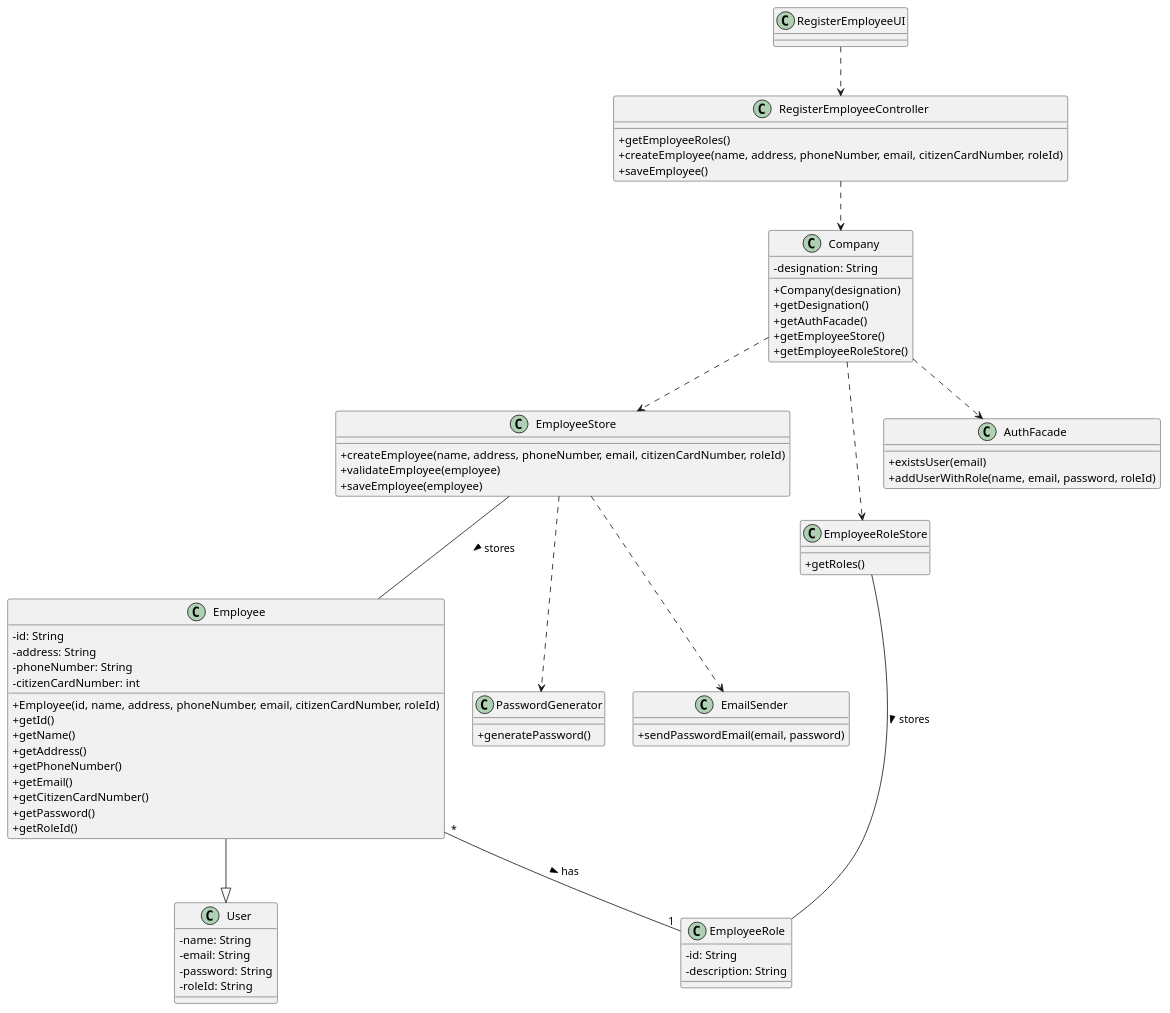
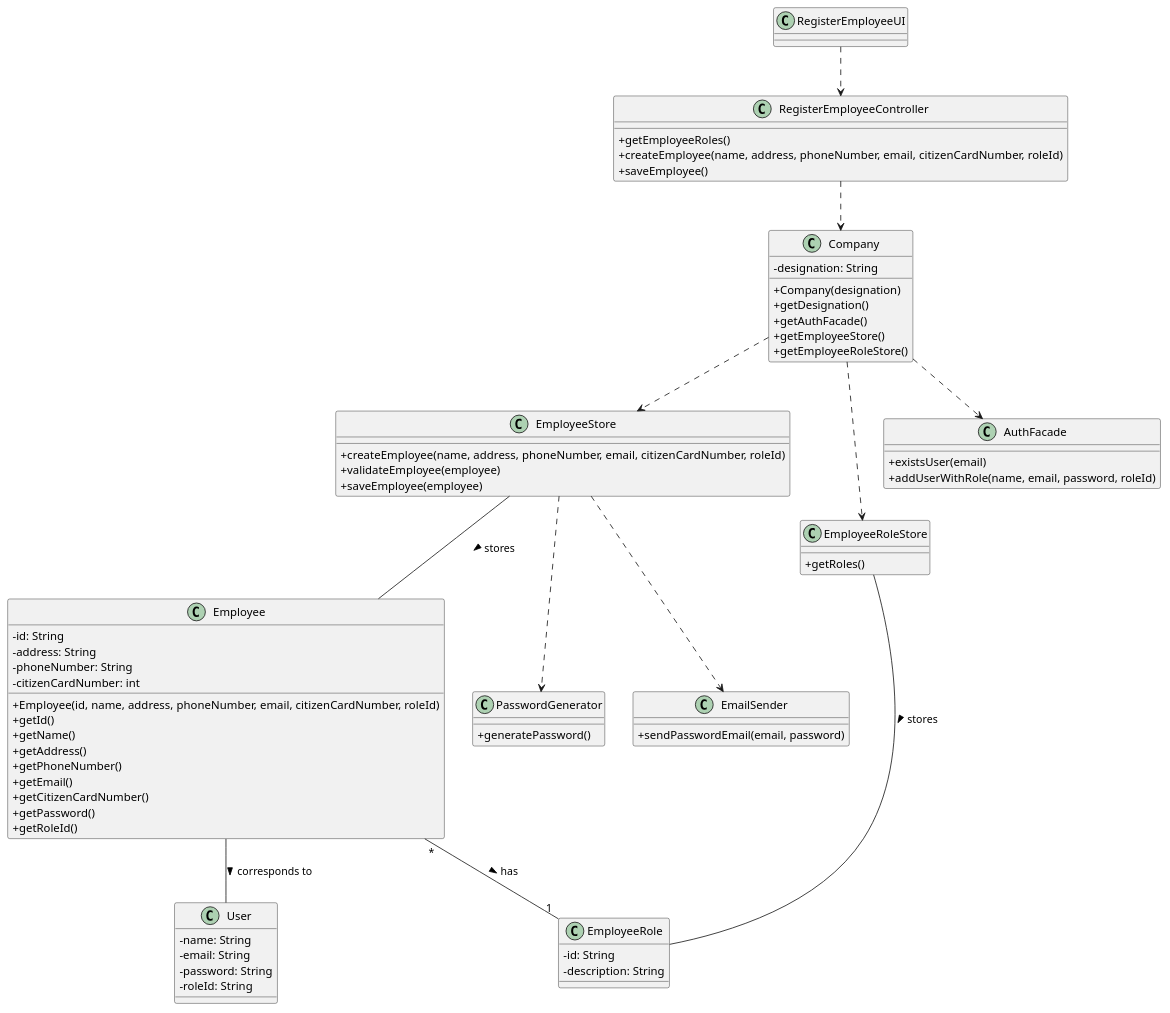
Before and after one commit to miseEnPlace-i/lapr2: the diagram in docs/SprintB/US10/CD/US10_CD.puml, drawn with PlantUML. The commit also changed 2 other files, not shown here.

```diff
--- a/docs/SprintB/US10/CD/US10_CD.puml
+++ b/docs/SprintB/US10/CD/US10_CD.puml
@@ -1,94 +1,94 @@
 @startuml US10_CD
 skinparam classAttributeIconSize 0
 
 class RegisterEmployeeUI {
 }
 
 class RegisterEmployeeController {
   +getEmployeeRoles()
   +createEmployee(name, address, phoneNumber, email, citizenCardNumber, roleId)
   +saveEmployee()
 }
 
 class Company {
   -designation: String
   +Company(designation)
   +getDesignation()
   +getAuthFacade()
   +getEmployeeStore()
   +getEmployeeRoleStore()
 }
 
 class EmployeeStore {
   +createEmployee(name, address, phoneNumber, email, citizenCardNumber, roleId)
   +validateEmployee(employee)
   +saveEmployee(employee)
 }
 
 class Employee {
   -id: String
   -address: String
   -phoneNumber: String
   -citizenCardNumber: int
   +Employee(id, name, address, phoneNumber, email, citizenCardNumber, roleId)
   +getId()
   +getName()
   +getAddress()
   +getPhoneNumber()
   +getEmail()
   +getCitizenCardNumber()
   +getPassword()
   +getRoleId()
 }
 
 class EmployeeRoleStore {
   +getRoles()
 }
 
 class AuthFacade {
   +existsUser(email)
   +addUserWithRole(name, email, password, roleId)
 }
 
 class PasswordGenerator {
   +generatePassword()
 }
 
 class EmailSender {
   +sendPasswordEmail(email, password)
 }
 
 class User {
   -name: String
   -email: String
   -password: String
   -roleId: String
 }
 
 class EmployeeRole {
   -id: String
   -description: String
 }
 
 RegisterEmployeeUI ..> RegisterEmployeeController
 
 ' RegisterEmployeeController ..> EmployeeStore
 RegisterEmployeeController ..> Company
 ' RegisterEmployeeController ..> AuthFacade
 ' RegisterEmployeeController ..> EmployeeRoleStore
 
 ' EmployeeStore ..> AuthFacade
 EmployeeStore ..> PasswordGenerator
 EmployeeStore ..> EmailSender
 EmployeeStore -- Employee : stores >
 
 Company ..> AuthFacade
 Company ..> EmployeeStore
 Company ..> EmployeeRoleStore
 
-Employee --|> User
+Employee -- User : corresponds to >
 Employee "*" -- "1" EmployeeRole : has >
 
 EmployeeRoleStore -- EmployeeRole : stores >
 
 @enduml
```
